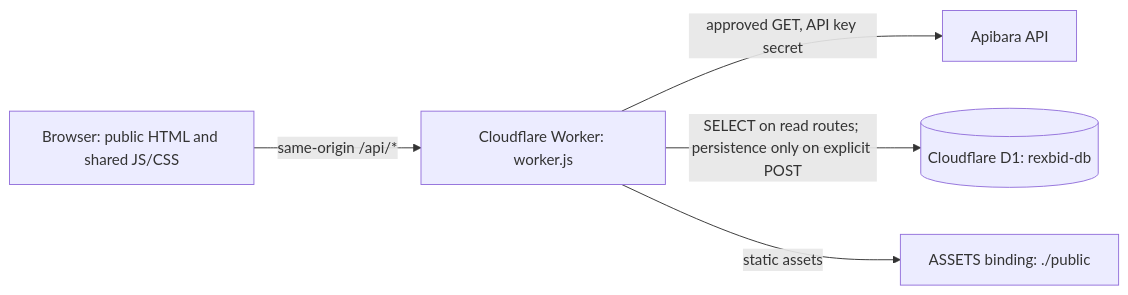
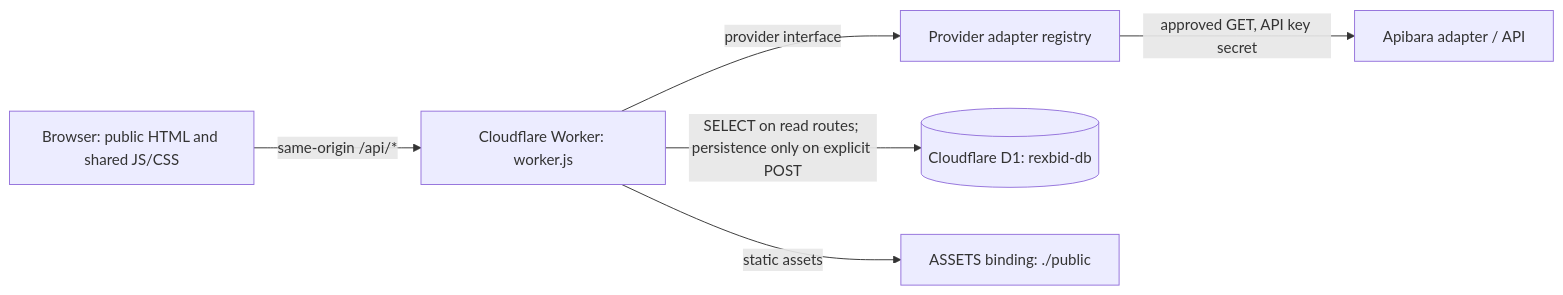
One commit to Ted-82/mtbid changed the first of 2 diagrams in ARCHITECTURE.md. Above: the diagram before and after it, drawn with Mermaid. The commit also changed other lines of this file and 10 other files, not shown here.

````diff
--- a/ARCHITECTURE.md
+++ b/ARCHITECTURE.md
@@ -7,7 +7,8 @@
 ```mermaid
 flowchart LR
   B[Browser: public HTML and shared JS/CSS] -->|same-origin /api/*| W[Cloudflare Worker: worker.js]
-  W -->|approved GET, API key secret| A[Apibara API]
+  W -->|provider interface| P[Provider adapter registry]
+  P -->|approved GET, API key secret| A[Apibara adapter / API]
   W -->|SELECT on read routes; persistence only on explicit POST| D[(Cloudflare D1: rexbid-db)]
   W -->|static assets| AS[ASSETS binding: ./public]
 ```
````
